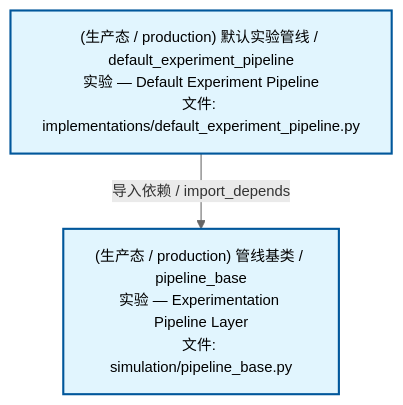
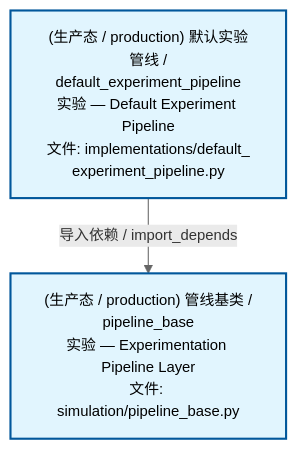
Before and after one commit to xuanFelixVan/ZephyrAlpha: the second of 4 diagrams in docs/02_enterprise_architecture/02_domain_architecture_docs/70_d_simulation.md, drawn with Mermaid. The commit also changed other lines of this file and 59 other files, not shown here.

````diff
--- a/docs/02_enterprise_architecture/02_domain_architecture_docs/70_d_simulation.md
+++ b/docs/02_enterprise_architecture/02_domain_architecture_docs/70_d_simulation.md
@@ -95,12 +95,12 @@
 ```mermaid
 %%{init: {'theme': 'base', 'themeVariables': {'primaryColor': '#eaeaea', 'primaryTextColor': '#333333', 'primaryBorderColor': '#666666', 'lineColor': '#666666', 'secondaryColor': '#eaeaea', 'tertiaryColor': '#eaeaea', 'fontSize': '14px'}}}%%
 flowchart TD
-    src_zephyr_simulation_implementations_default_experiment_pipeline_py["(生产态 / production) 默认实验管线 / default_experiment_pipeline<br/>实验 — Default Experiment Pipeline<br/>文件: implementations/default_experiment_pipeline.py"]
-    src_zephyr_simulation_pipeline_base_py["(生产态 / production) 管线基类 / pipeline_base<br/>实验 — Experimentation Pipeline Layer<br/>文件: simulation/pipeline_base.py"]
+    src_zephyr_simulation_implementations_default_experiment_pipeline_py["(生产态 / production) 默认实验管线 /<br/>default_experiment_pipeline<br/>实验 — Default Experiment Pipeline<br/>文件: implementations/default_<br/>experiment_pipeline.py"]
+    src_zephyr_simulation_pipeline_base_py["(生产态 / production) 管线基类 /<br/>pipeline_base<br/>实验 — Experimentation Pipeline Layer<br/>文件: simulation/pipeline_base.py"]
     src_zephyr_simulation_implementations_default_experiment_pipeline_py -->|导入依赖 / import_depends| src_zephyr_simulation_pipeline_base_py
     classDef production fill:#e1f5fe,stroke:#01579b,stroke-width:2px,color:#000
     classDef design fill:#fff3e0,stroke:#e65100,stroke-width:2px,color:#000,stroke-dasharray: 5 5
     classDef external_prod fill:#e8f4fd,stroke:#0277bd,stroke-width:1px,color:#000
     classDef external_design fill:#fff8e7,stroke:#ef6c00,stroke-width:1px,color:#000,stroke-dasharray: 5 5
     class src_zephyr_simulation_implementations_default_experiment_pipeline_py,src_zephyr_simulation_pipeline_base_py production
 ```
````
